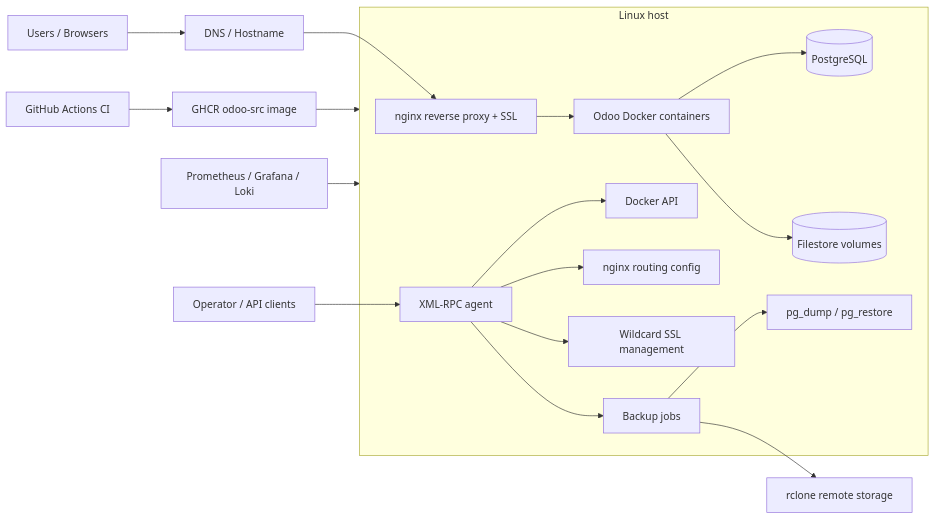
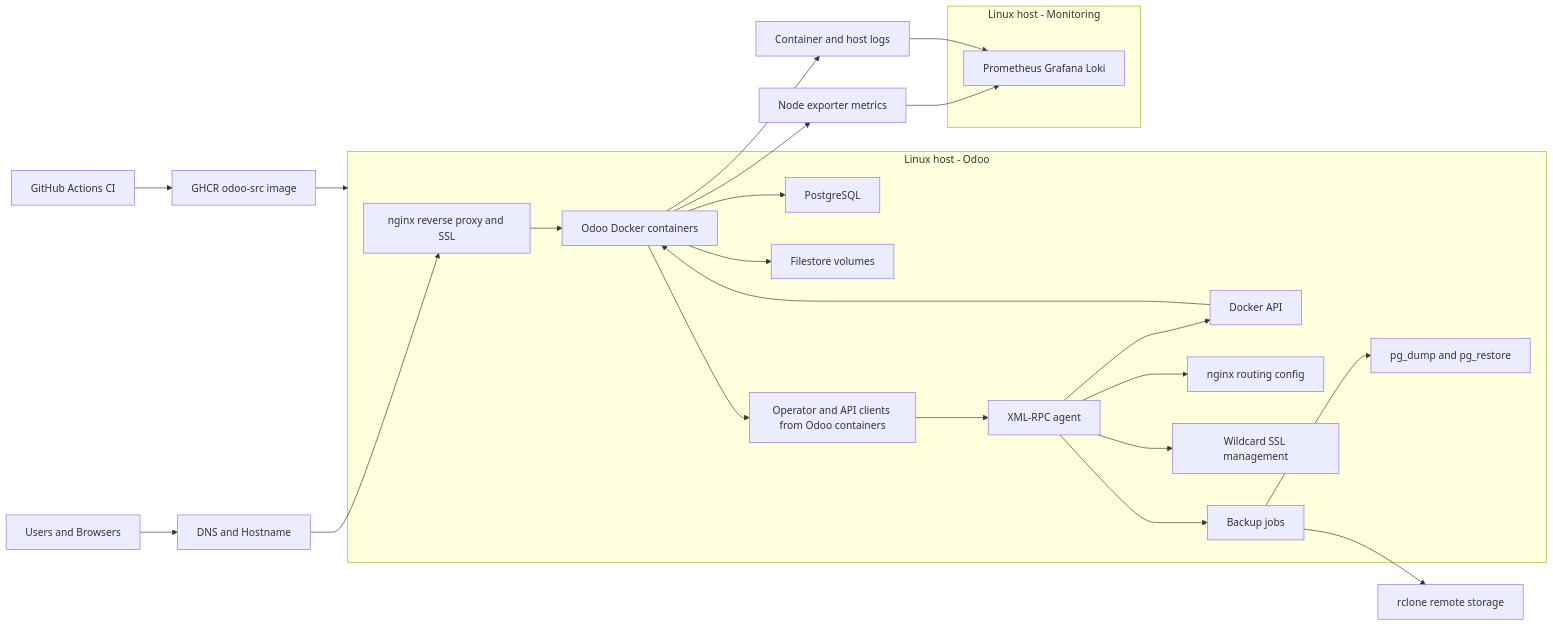
The diagram in README.md (elmeriniemela/deploy-manager), drawn with Mermaid before and after one commit. The commit also changed other lines of this file and 2 other files, not shown here.

Commit message:
update diagram

````diff
--- a/README.md
+++ b/README.md
@@ -7,34 +7,47 @@
 ```mermaid
 flowchart LR
-    GH[GitHub Actions CI] --> GHCR[GHCR odoo-src image]
-    GHCR --> Host
+    GH["GitHub Actions CI"] --> GHCR["GHCR odoo-src image"]
+    GHCR --> OdooHost
 
-    User[Users / Browsers] --> DNS[DNS / Hostname]
-    DNS --> Nginx[nginx reverse proxy + SSL]
-    Nginx --> Odoo[Odoo Docker containers]
-    Odoo --> PG[(PostgreSQL)]
-    Odoo --> FS[(Filestore volumes)]
+    User["Users and Browsers"] --> DNS["DNS and Hostname"]
+    DNS --> Nginx["nginx reverse proxy and SSL"]
+    Nginx --> Odoo["Odoo Docker containers"]
+    Odoo --> PG["PostgreSQL"]
+    Odoo --> FS["Filestore volumes"]
+    Odoo --> API["Operator and API clients from Odoo containers"]
 
-    API[Operator / API clients] --> Agent[XML-RPC agent]
-    Agent --> Docker[Docker API]
-    Agent --> NginxCfg[nginx routing config]
-    Agent --> Cert[Wildcard SSL management]
-    Agent --> Backup[Backup jobs]
-    Backup --> PGDump[pg_dump / pg_restore]
-    Backup --> Rclone[rclone remote storage]
+    API --> Agent["XML-RPC agent"]
+    Agent --> Docker["Docker API"]
+    Docker --> Odoo
+    Agent --> NginxCfg["nginx routing config"]
+    Agent --> Cert["Wildcard SSL management"]
+    Agent --> Backup["Backup jobs"]
+    Backup --> PGDump["pg_dump and pg_restore"]
+    Backup --> Rclone["rclone remote storage"]
 
-    subgraph Host[Linux host]
+    subgraph OdooHost["Linux host - Odoo"]
       Nginx
       Odoo
+      API
       PG
       FS
       Agent
       Docker
       NginxCfg
       Cert
       Backup
       PGDump
     end
 
-    Mon[Prometheus / Grafana / Loki] --> Host
+    Metrics["Node exporter metrics"]
+    Logs["Container and host logs"]
+    Odoo --> Metrics
+    Odoo --> Logs
+
+    subgraph MonHost["Linux host - Monitoring"]
+      Mon["Prometheus Grafana Loki"]
+    end
+
+    Metrics --> Mon
+    Logs --> Mon
 ```
````
